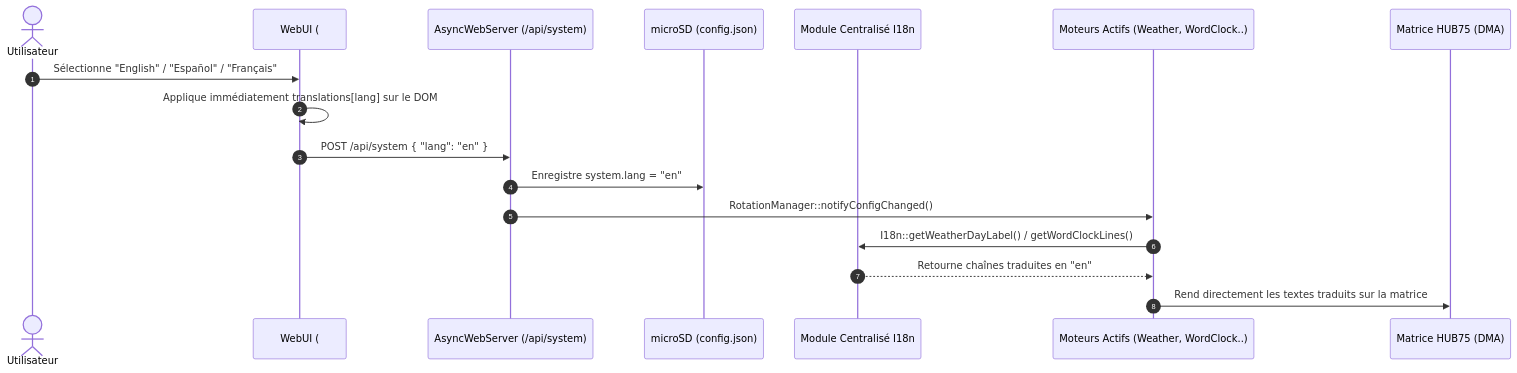
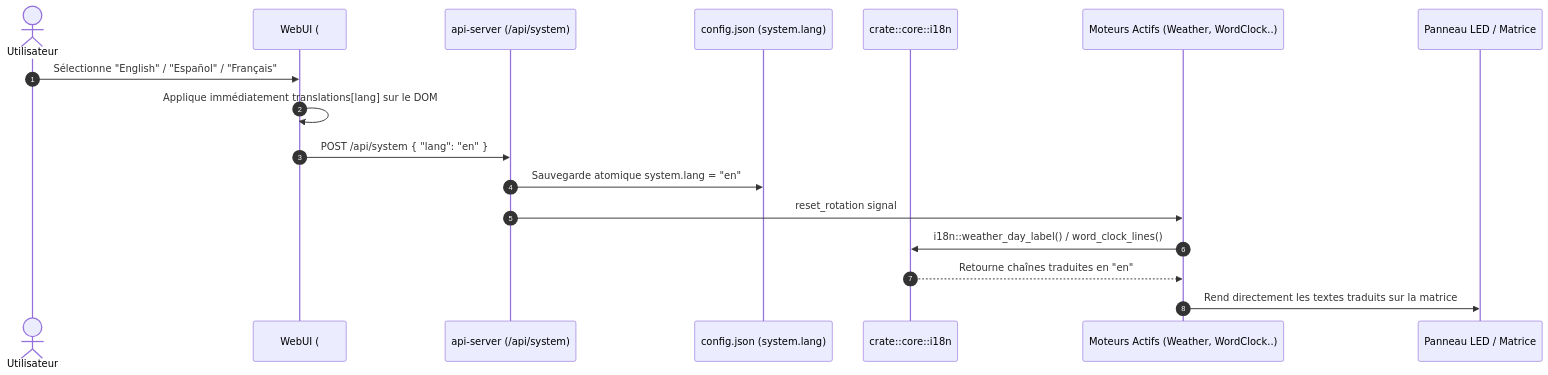
One commit to red77290/ArcadeMatrix changed diagram 11 of 15 in docs/ARCHITECTURE_FR.md. Above: the diagram before and after it, drawn with Mermaid. The commit also changed other lines of this file and 16 other files, not shown here.

````diff
--- a/docs/ARCHITECTURE_FR.md
+++ b/docs/ARCHITECTURE_FR.md
@@ -303,20 +501,20 @@
 ```mermaid
 sequenceDiagram
     autonumber
     actor User as Utilisateur
     participant WebUI as WebUI (#lang-selector)
-    participant API as AsyncWebServer (/api/system)
-    participant SD as microSD (config.json)
-    participant I18N as Module Centralisé I18n
+    participant API as api-server (/api/system)
+    participant Disk as config.json (system.lang)
+    participant I18N as crate::core::i18n
     participant ENG as Moteurs Actifs (Weather, WordClock..)
-    participant MX as Matrice HUB75 (DMA)
+    participant MX as Panneau LED / Matrice
 
     User->>WebUI: Sélectionne "English" / "Español" / "Français"
     WebUI->>WebUI: Applique immédiatement translations[lang] sur le DOM
     WebUI->>API: POST /api/system { "lang": "en" }
-    API->>SD: Enregistre system.lang = "en"
-    API->>ENG: RotationManager::notifyConfigChanged()
-    ENG->>I18N: I18n::getWeatherDayLabel() / getWordClockLines()
+    API->>Disk: Sauvegarde atomique system.lang = "en"
+    API->>ENG: reset_rotation signal
+    ENG->>I18N: i18n::weather_day_label() / word_clock_lines()
     I18N-->>ENG: Retourne chaînes traduites en "en"
     ENG->>MX: Rend directement les textes traduits sur la matrice
 ```
````
